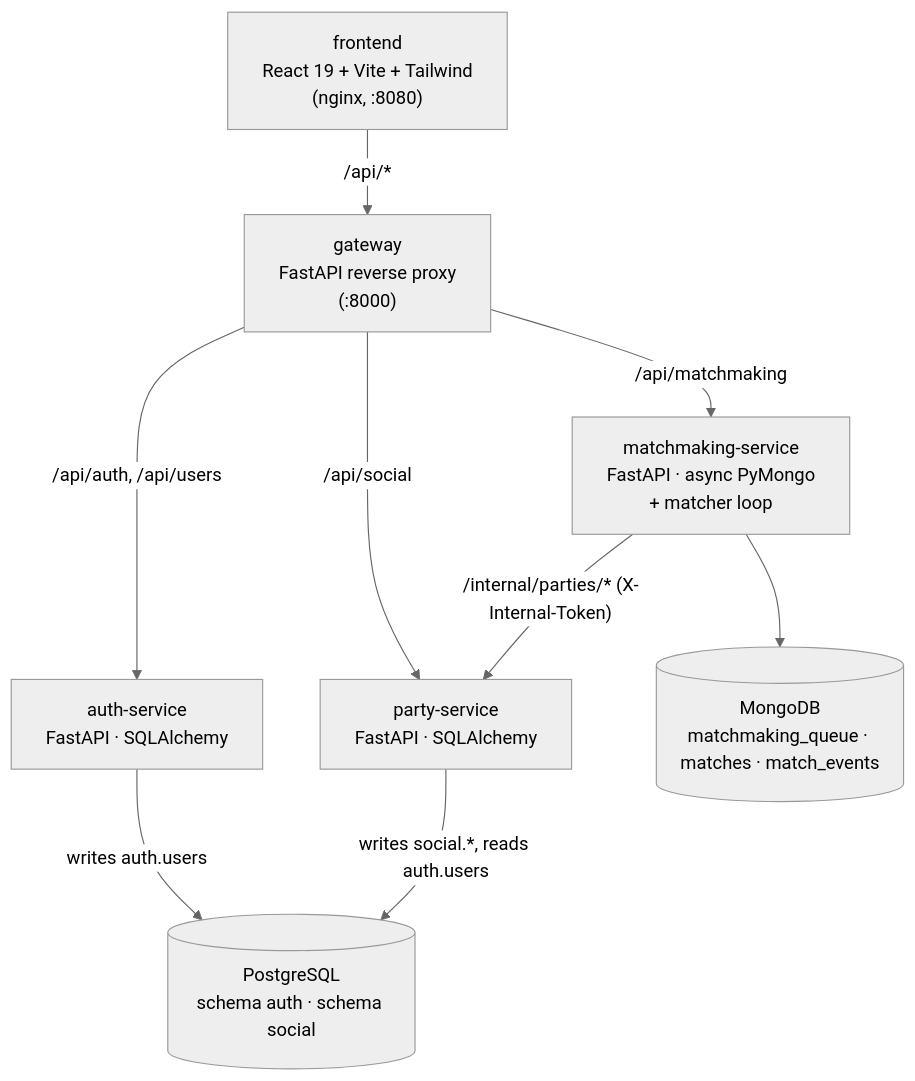
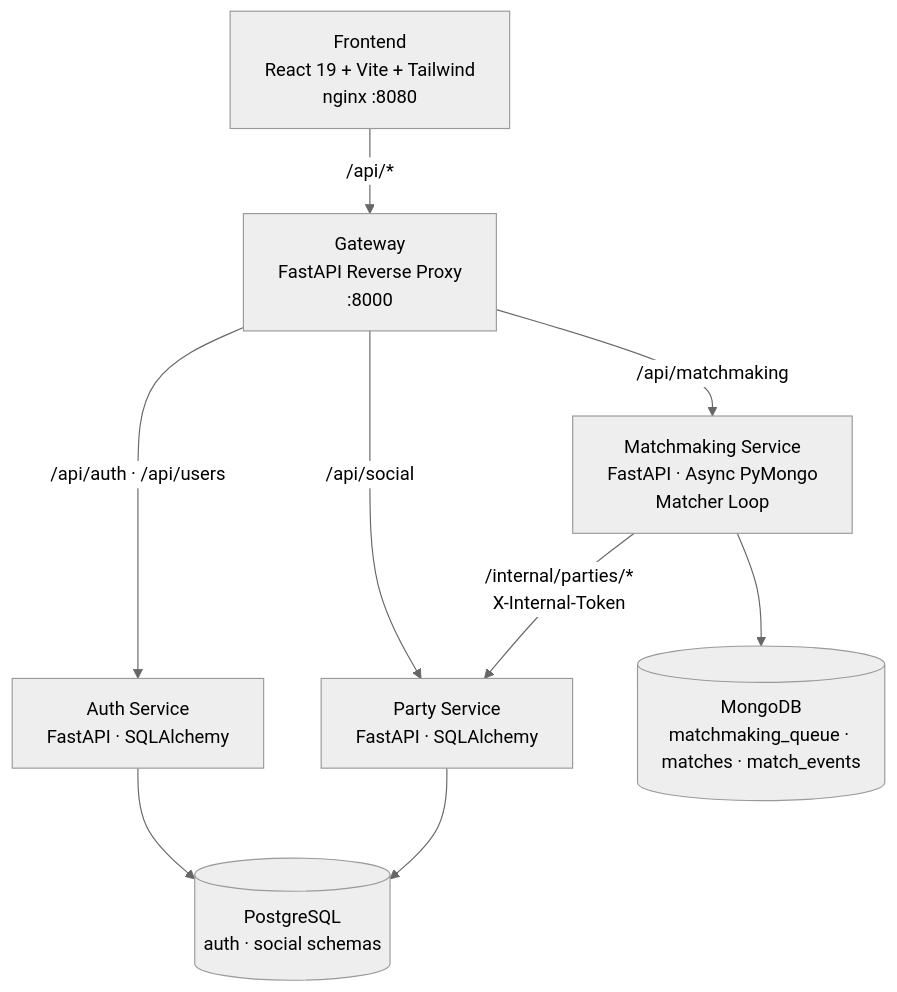
Before and after one commit to Aayushman00/warcis: the first of 2 diagrams in README.md, drawn with Mermaid (neutral theme). The commit also changed other lines of this file, not shown here.

````diff
--- a/README.md
+++ b/README.md
@@ -20,19 +44,24 @@
 ```mermaid
 flowchart TB
-    FE["frontend<br/>React 19 + Vite + Tailwind<br/>(nginx, :8080)"]
-    GW["gateway<br/>FastAPI reverse proxy<br/>(:8000)"]
-    AUTH["auth-service<br/>FastAPI · SQLAlchemy"]
-    PARTY["party-service<br/>FastAPI · SQLAlchemy"]
-    MM["matchmaking-service<br/>FastAPI · async PyMongo<br/>+ matcher loop"]
-    PG[("PostgreSQL<br/>schema auth · schema social")]
+    FE["Frontend<br/>React 19 + Vite + Tailwind<br/>nginx :8080"]
+    GW["Gateway<br/>FastAPI Reverse Proxy<br/>:8000"]
+
+    AUTH["Auth Service<br/>FastAPI · SQLAlchemy"]
+    PARTY["Party Service<br/>FastAPI · SQLAlchemy"]
+    MM["Matchmaking Service<br/>FastAPI · Async PyMongo<br/>Matcher Loop"]
+
+    PG[("PostgreSQL<br/>auth · social schemas")]
     MG[("MongoDB<br/>matchmaking_queue · matches · match_events")]
 
     FE -- "/api/*" --> GW
-    GW -- "/api/auth, /api/users" --> AUTH
+
+    GW -- "/api/auth · /api/users" --> AUTH
     GW -- "/api/social" --> PARTY
     GW -- "/api/matchmaking" --> MM
-    AUTH -- "writes auth.users" --> PG
-    PARTY -- "writes social.*, reads auth.users" --> PG
+
+    AUTH --> PG
+    PARTY --> PG
     MM --> MG
-    MM -- "/internal/parties/* (X-Internal-Token)" --> PARTY
+
+    MM -- "/internal/parties/*<br/>X-Internal-Token" --> PARTY
 ```
````
